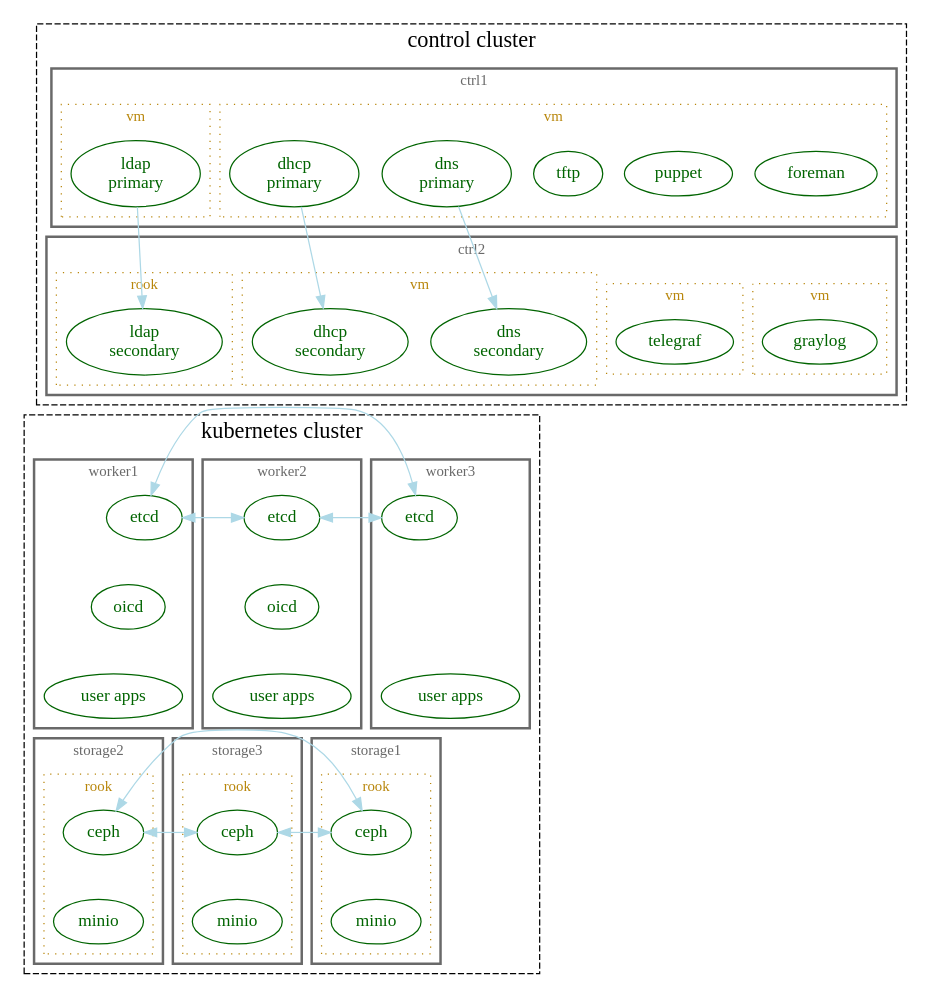
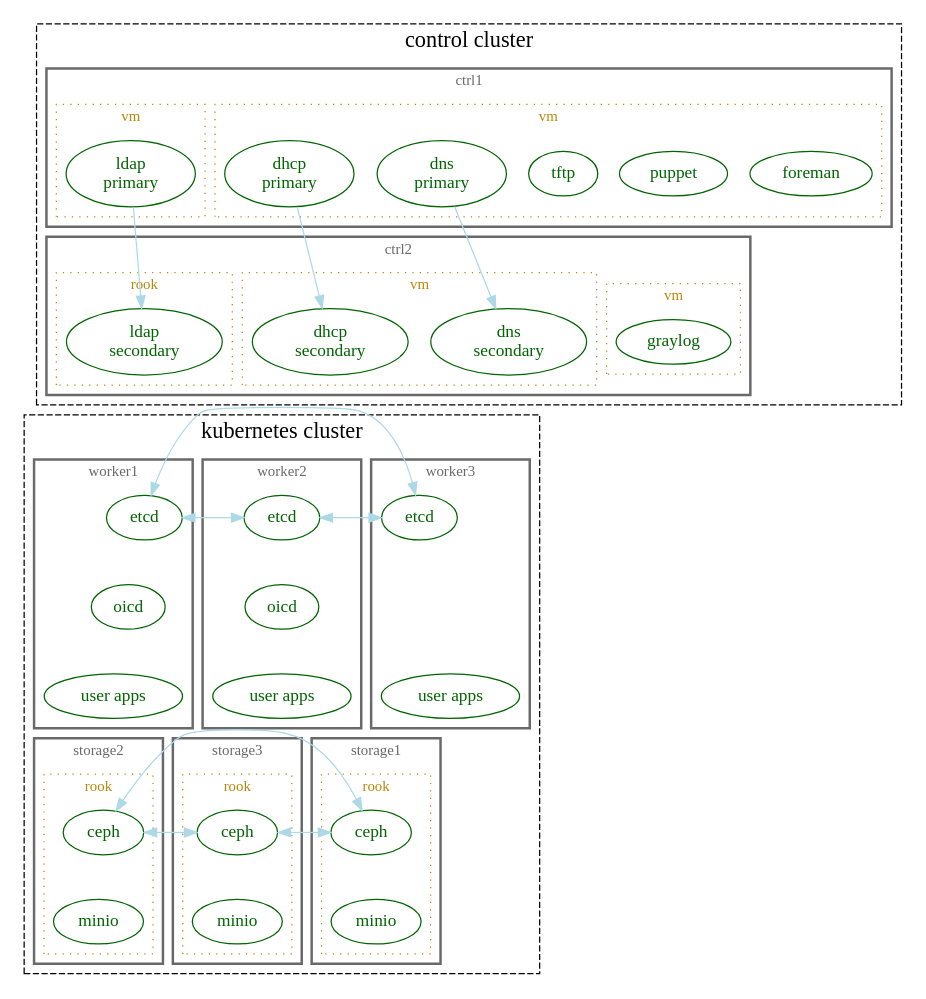
One commit to LSST-IT/ittn-002 changed the diagram in _static/seed_cluster.dot. Above: the diagram before and after it, drawn with Graphviz. The commit also changed 2 other files, not shown here.

```diff
--- a/_static/seed_cluster.dot
+++ b/_static/seed_cluster.dot
@@ -19,7 +19,6 @@
     ldap1 [label="ldap\nprimary"]
     ldap2 [label="ldap\nsecondary"]
     graylog
-    telegraf
     app1 [label="user apps"]
     app2 [label="user apps"]
     app3 [label="user apps"]
@@ -93,7 +92,6 @@
       {
         rank=same
         graylog
-        telegraf
         dns2
         dhcp2
         ldap2
@@ -107,16 +105,6 @@
         style=dotted
 
         graylog
-      }
-
-      subgraph cluster_14 {
-        label="vm"
-        color=darkgoldenrod
-        fontcolor=darkgoldenrod
-        fontsize=12
-        style=dotted
-
-        telegraf
       }
 
       subgraph cluster_15 {
```
